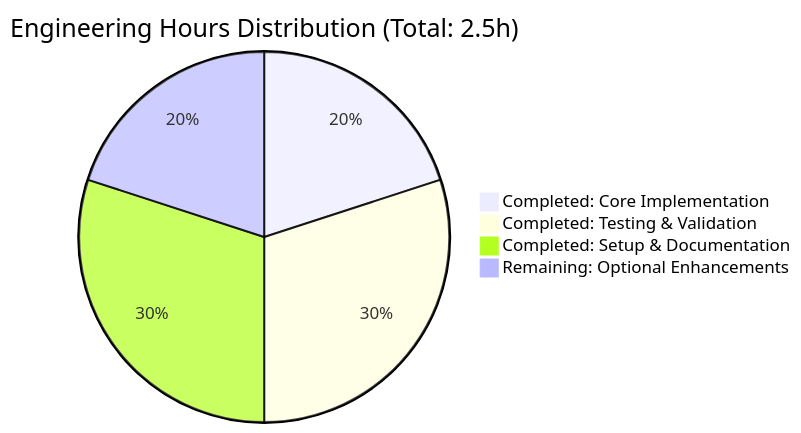
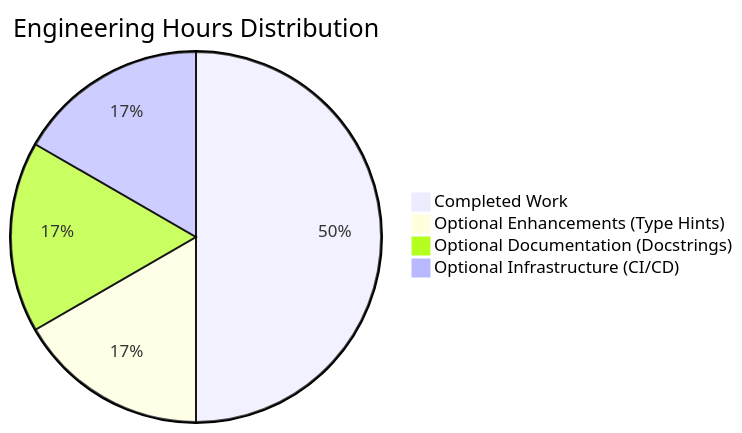
Before and after one commit to prasad-blitzy/quick-repo-4: the first of 2 diagrams in blitzy/documentation/Project Guide.md, drawn with Mermaid. The commit also changed other lines of this file, not shown here.

Commit message:
Adding Blitzy Project Guide: Project Status and Human Tasks Remaining

````diff
--- a/blitzy/documentation/Project Guide.md
+++ b/blitzy/documentation/Project Guide.md
@@ -206,7 +178,7 @@
 ```mermaid
-pie title Engineering Hours Distribution (Total: 2.5h)
-    "Completed: Core Implementation" : 0.5
-    "Completed: Testing & Validation" : 0.75
-    "Completed: Setup & Documentation" : 0.75
-    "Remaining: Optional Enhancements" : 0.5
+pie title Engineering Hours Distribution
+    "Completed Work" : 1.5
+    "Optional Enhancements (Type Hints)" : 0.5
+    "Optional Documentation (Docstrings)" : 0.5
+    "Optional Infrastructure (CI/CD)" : 0.5
 ```
````
